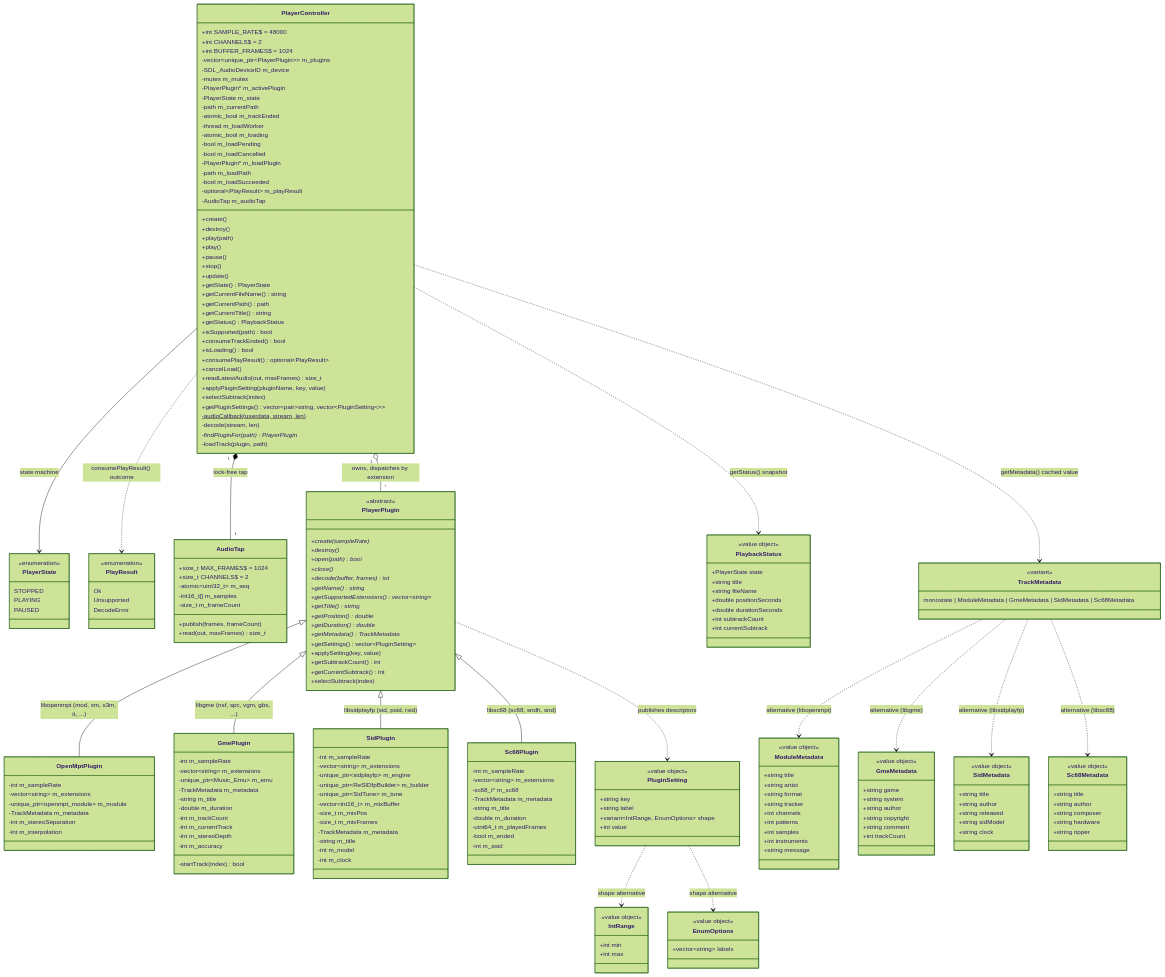
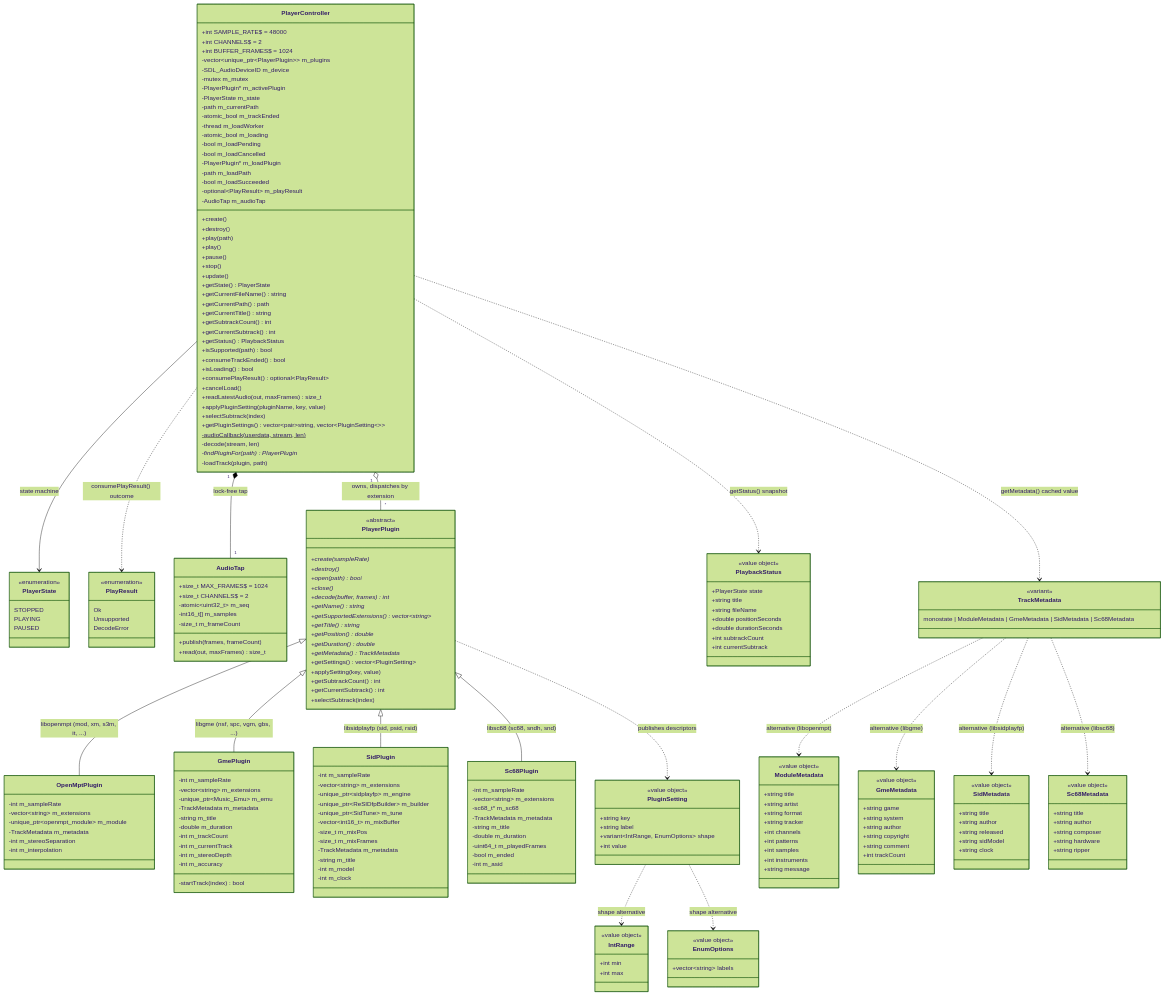
Before and after one commit to notnotme/osp2: the diagram in docs/audio.md, drawn with Mermaid (forest theme). The commit also changed other lines of this file and 9 other files, not shown here.

```diff
--- a/docs/audio.md
+++ b/docs/audio.md
@@ -49,6 +49,8 @@
         +getCurrentFileName() string
         +getCurrentPath() path
         +getCurrentTitle() string
+        +getSubtrackCount() int
+        +getCurrentSubtrack() int
         +getStatus() PlaybackStatus
         +isSupported(path) bool
         +consumeTrackEnded() bool
```
